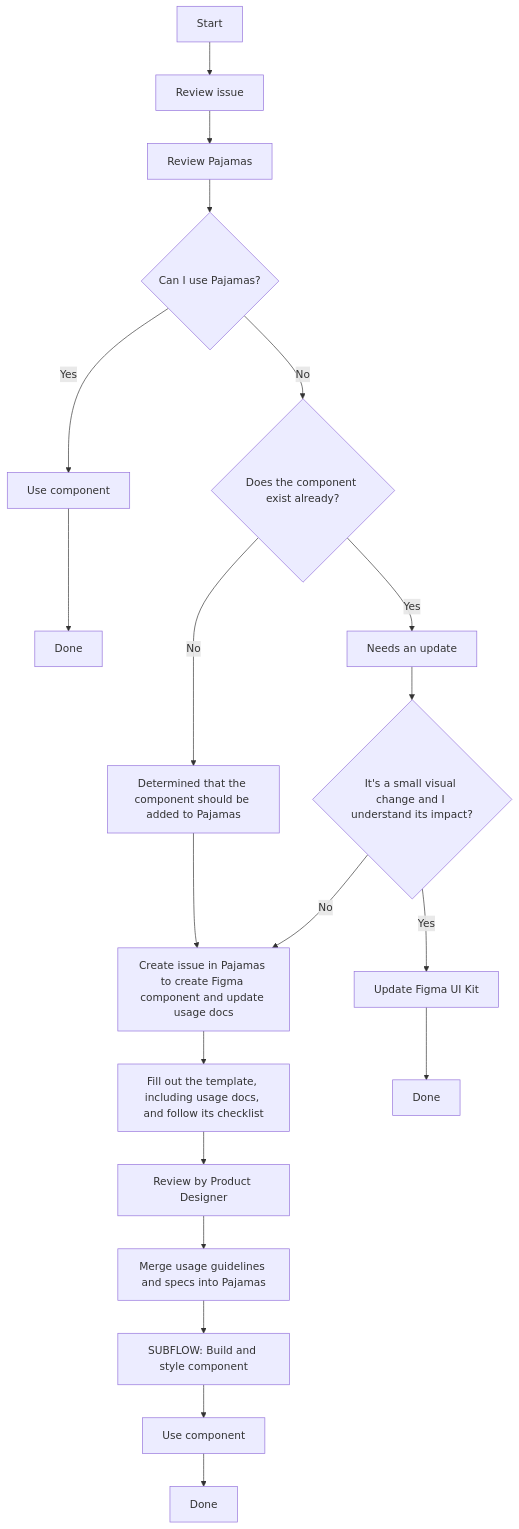
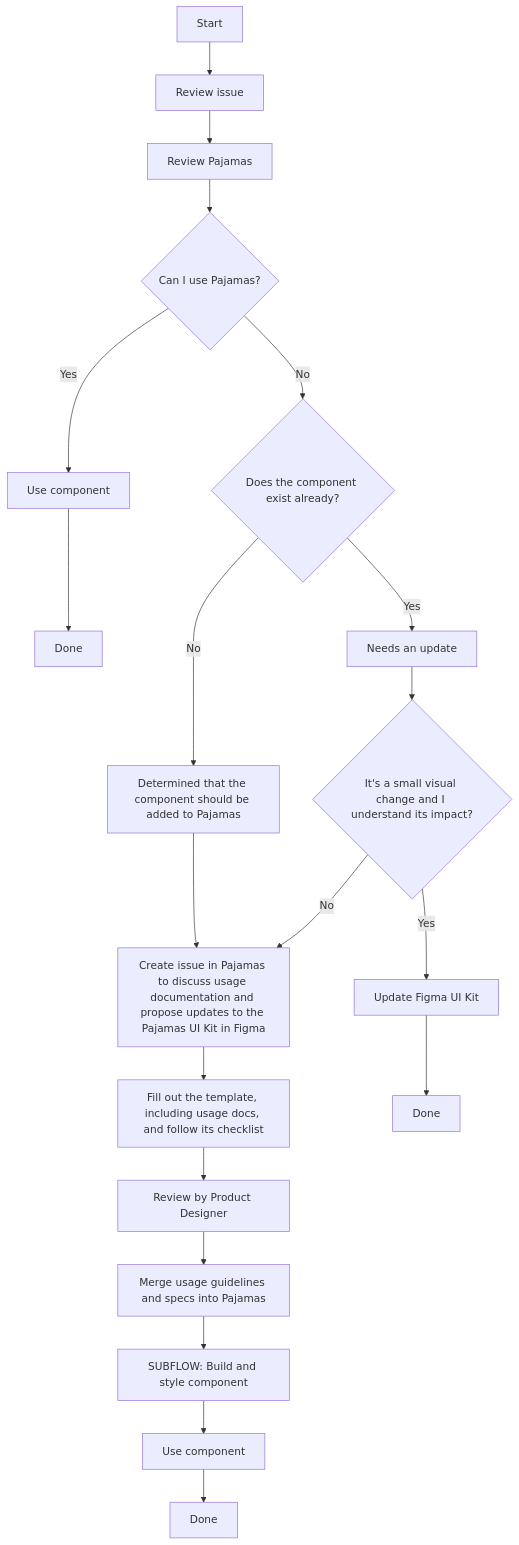
One commit to khulnasoft-lab/design.khulnasoft.com changed the diagram in doc/component-lifecycle.md. Above: the diagram before and after it, drawn with Mermaid.

Commit message:
Apply suggestion to doc/component-lifecycle.md

````diff
--- a/doc/component-lifecycle.md
+++ b/doc/component-lifecycle.md
@@ -64,25 +64,25 @@
 ```mermaid
 graph TD;
 A[Start] -->B[Review issue]
 B--> C[Review Pajamas]
 click C "https://design.gitlab.com"
 C-->D{Can I use Pajamas?}
 D-->|Yes| E[Use component]
 E-->F[Done]
 D-->|No| G{Does the component exist already?}
 G-->|No| H[Determined that the component should be added to Pajamas]
-H-->I[Create issue in Pajamas to create Figma component and update usage docs]
+H-->I[Create issue in Pajamas to discuss usage documentation and propose updates to the Pajamas UI Kit in Figma]
 click I "https://gitlab.com/gitlab-org/gitlab-services/design.gitlab.com/-/issues/new?issuable_template=New%20component"
 I-->J[Fill out the template, including usage docs, and follow its checklist]
 J-->K[Review by Product Designer]
 K-->L[Merge usage guidelines and specs into Pajamas]
 L-->M[SUBFLOW: Build and style component]
 click M "https://gitlab.com/gitlab-org/gitlab-ui/blob/master/doc/component-lifecycle.md"
 M-->N[Use component]
 N-->O[Done]
 G-->|Yes| P[Needs an update]
 P-->Q{It's a small visual change and I understand its impact?}
 Q-->|Yes| R[Update Figma UI Kit]
 Q-->|No| I
 R-->S[Done]
 ```
````
